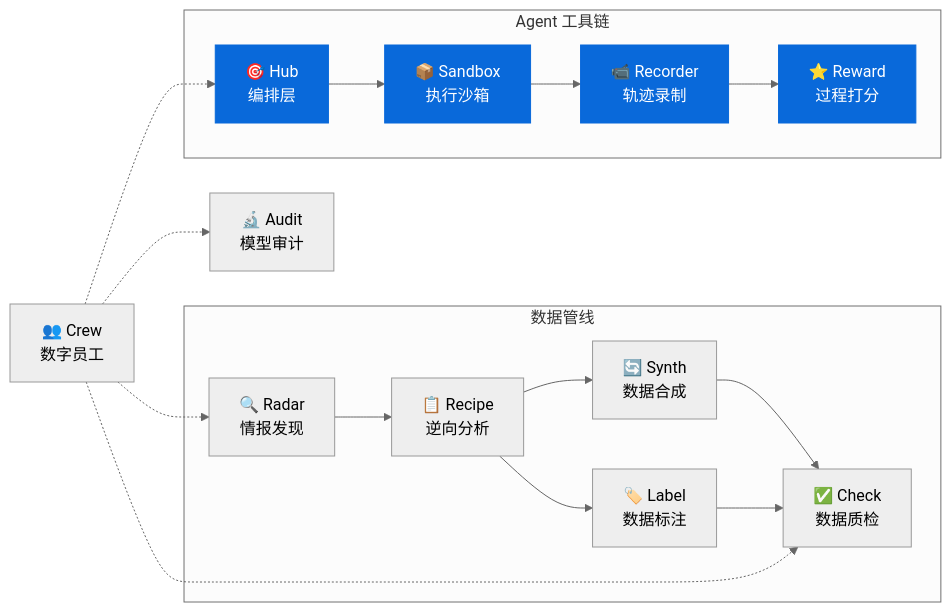
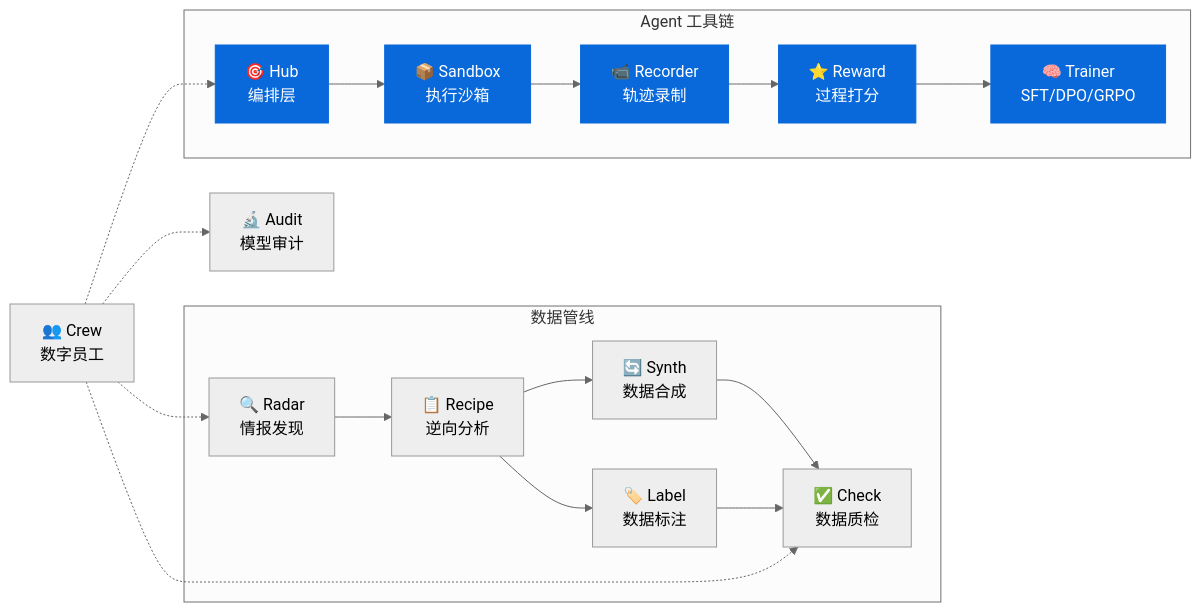
The second of 2 diagrams in README.md (liuxiaotong/knowlyr-agent), drawn with Mermaid (neutral theme) before and after one commit. The commit also changed other lines of this file and 46 other files, not shown here.

````diff
--- a/README.md
+++ b/README.md
@@ -341,25 +394,27 @@
 ```mermaid
 graph LR
     subgraph 数据管线
         Radar["🔍 Radar<br/>情报发现"] --> Recipe["📋 Recipe<br/>逆向分析"]
         Recipe --> Synth["🔄 Synth<br/>数据合成"]
         Recipe --> Label["🏷️ Label<br/>数据标注"]
         Synth --> Check["✅ Check<br/>数据质检"]
         Label --> Check
     end
     Audit["🔬 Audit<br/>模型审计"]
     subgraph Agent 工具链
         Hub["🎯 Hub<br/>编排层"] --> Sandbox["📦 Sandbox<br/>执行沙箱"]
         Sandbox --> Recorder["📹 Recorder<br/>轨迹录制"]
         Recorder --> Reward["⭐ Reward<br/>过程打分"]
+        Reward --> Trainer["🧠 Trainer<br/>SFT/DPO/GRPO"]
     end
     Crew["👥 Crew<br/>数字员工"]
     Crew -.-> Radar
     Crew -.-> Check
     Crew -.-> Audit
     Crew -.-> Hub
     style Hub fill:#0969da,color:#fff,stroke:#0969da
     style Sandbox fill:#0969da,color:#fff,stroke:#0969da
     style Recorder fill:#0969da,color:#fff,stroke:#0969da
     style Reward fill:#0969da,color:#fff,stroke:#0969da
+    style Trainer fill:#0969da,color:#fff,stroke:#0969da
 ```
````
